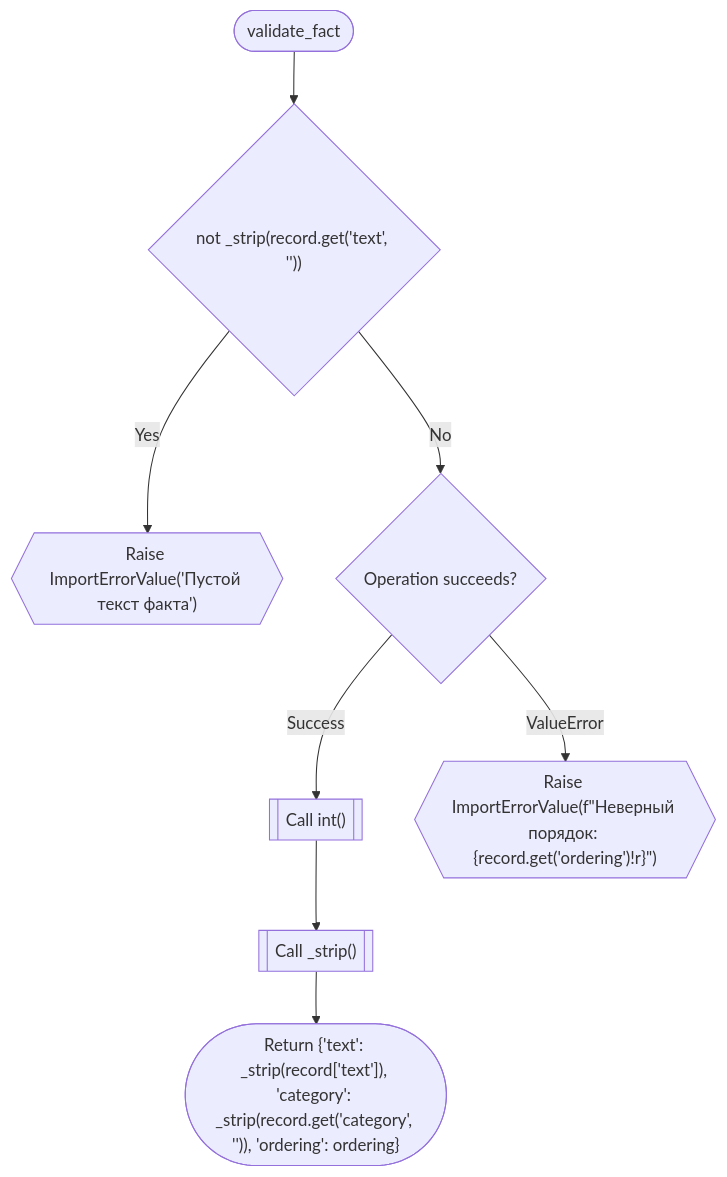
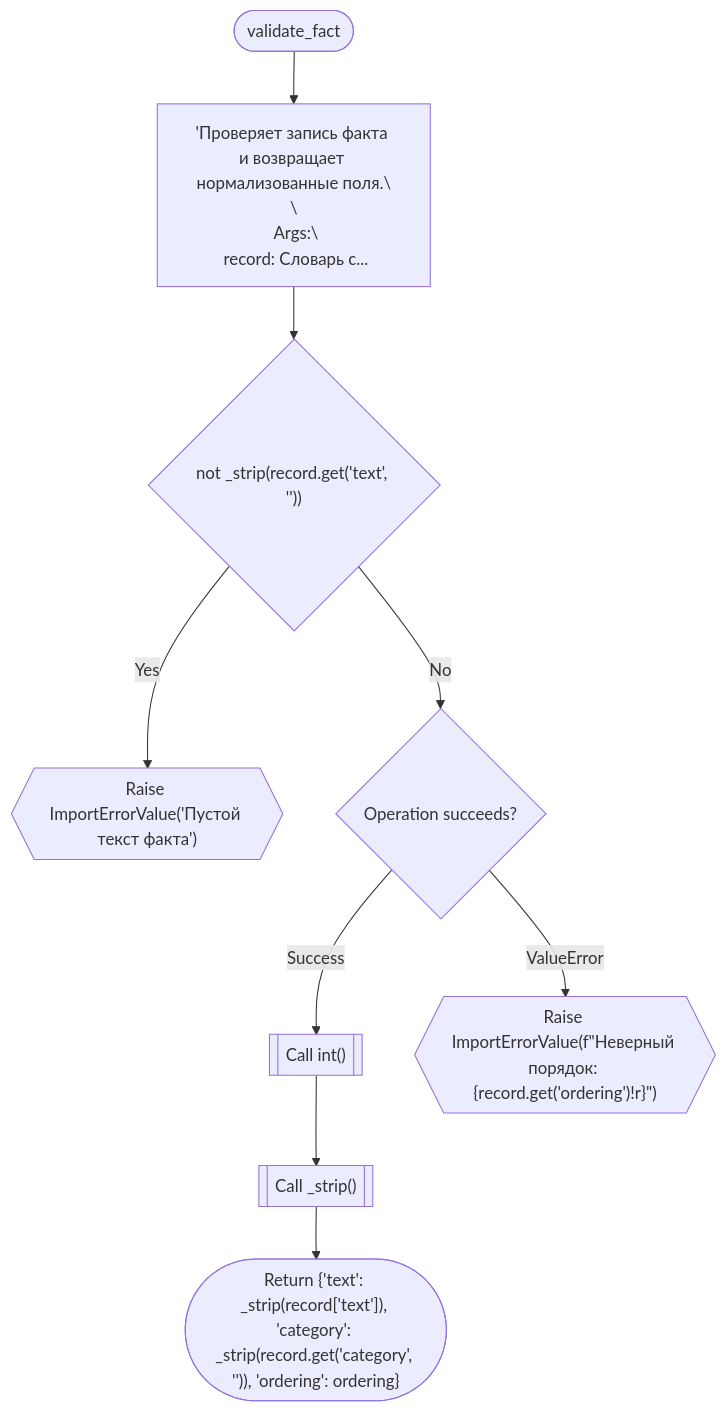
Before and after one commit to ihrusl05-rgb/Factoscope: diagram 17 of 59 in codedebrief-out/codedebrief.md, drawn with Mermaid. The commit also changed other lines of this file and 20 other files, not shown here.

````diff
--- a/codedebrief-out/codedebrief.md
+++ b/codedebrief-out/codedebrief.md
@@ -503,18 +519,20 @@
 ```mermaid
 flowchart TD
   mflow_78bd24d614534136_n1(["validate_fact"])
-  mflow_78bd24d614534136_n2{"not _strip(record.get('text', ''))"}
-  mflow_78bd24d614534136_n3{{"Raise ImportErrorValue('Пустой текст факта')"}}
-  mflow_78bd24d614534136_n4{"Operation succeeds?"}
-  mflow_78bd24d614534136_n5[["Call int()"]]
-  mflow_78bd24d614534136_n6{{"Raise ImportErrorValue(f&quot;Неверный порядок: {record.get('ordering')!r}&quot;)"}}
-  mflow_78bd24d614534136_n7[["Call _strip()"]]
-  mflow_78bd24d614534136_n8(["Return {'text': _strip(record['text']), 'category': _strip(record.get('category', '')), 'ordering': ordering}"])
+  mflow_78bd24d614534136_n2["'Проверяет запись факта и возвращает нормализованные поля.\\n\\n Args:\\n record: Словарь с..."]
+  mflow_78bd24d614534136_n3{"not _strip(record.get('text', ''))"}
+  mflow_78bd24d614534136_n4{{"Raise ImportErrorValue('Пустой текст факта')"}}
+  mflow_78bd24d614534136_n5{"Operation succeeds?"}
+  mflow_78bd24d614534136_n6[["Call int()"]]
+  mflow_78bd24d614534136_n7{{"Raise ImportErrorValue(f&quot;Неверный порядок: {record.get('ordering')!r}&quot;)"}}
+  mflow_78bd24d614534136_n8[["Call _strip()"]]
+  mflow_78bd24d614534136_n9(["Return {'text': _strip(record['text']), 'category': _strip(record.get('category', '')), 'ordering': ordering}"])
   mflow_78bd24d614534136_n1 --> mflow_78bd24d614534136_n2
-  mflow_78bd24d614534136_n2 -->|"Yes"| mflow_78bd24d614534136_n3
-  mflow_78bd24d614534136_n2 -->|"No"| mflow_78bd24d614534136_n4
-  mflow_78bd24d614534136_n4 -->|"Success"| mflow_78bd24d614534136_n5
-  mflow_78bd24d614534136_n4 -->|"ValueError"| mflow_78bd24d614534136_n6
-  mflow_78bd24d614534136_n5 --> mflow_78bd24d614534136_n7
-  mflow_78bd24d614534136_n7 --> mflow_78bd24d614534136_n8
+  mflow_78bd24d614534136_n2 --> mflow_78bd24d614534136_n3
+  mflow_78bd24d614534136_n3 -->|"Yes"| mflow_78bd24d614534136_n4
+  mflow_78bd24d614534136_n3 -->|"No"| mflow_78bd24d614534136_n5
+  mflow_78bd24d614534136_n5 -->|"Success"| mflow_78bd24d614534136_n6
+  mflow_78bd24d614534136_n5 -->|"ValueError"| mflow_78bd24d614534136_n7
+  mflow_78bd24d614534136_n6 --> mflow_78bd24d614534136_n8
+  mflow_78bd24d614534136_n8 --> mflow_78bd24d614534136_n9
 ```
````
